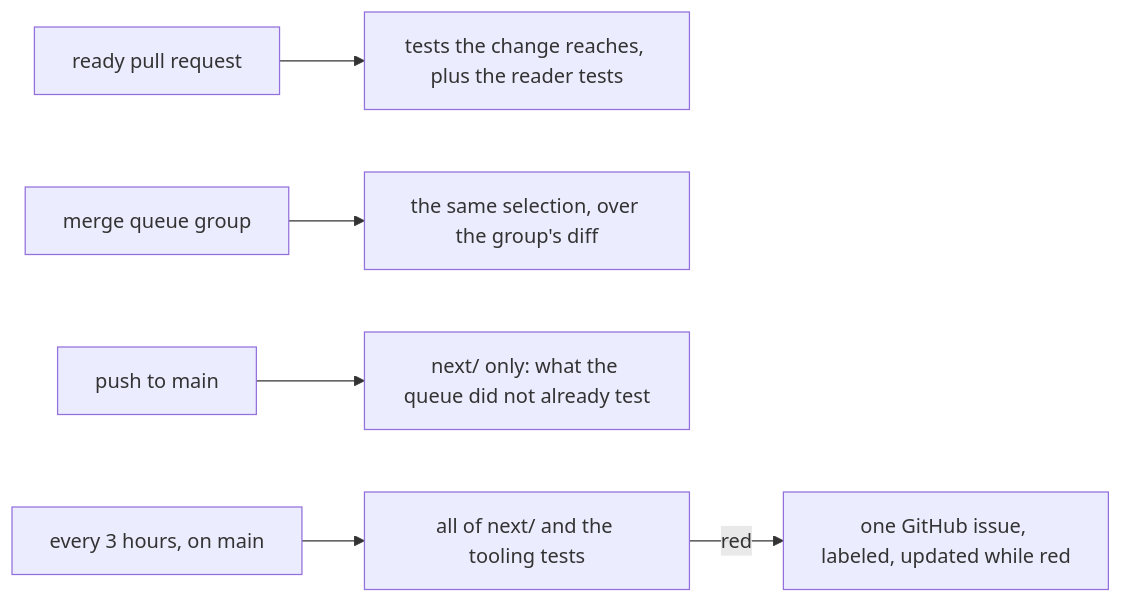
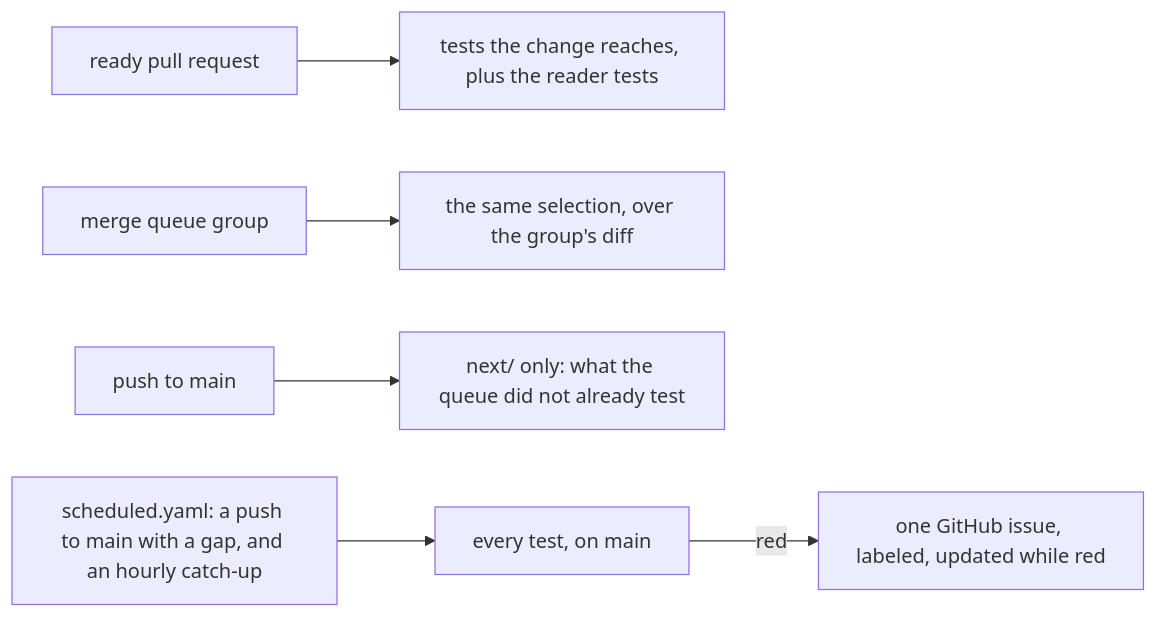
One commit to kamp-us/tea-fabrika changed the diagram in .decisions/0534-the-merge-line-runs-changed-tests-a-schedule-runs-all.md. Above: the diagram before and after it, drawn with Mermaid. The commit also changed other lines of this file and 66 other files, not shown here.

````diff
--- a/.decisions/0534-the-merge-line-runs-changed-tests-a-schedule-runs-all.md
+++ b/.decisions/0534-the-merge-line-runs-changed-tests-a-schedule-runs-all.md
@@ -13,8 +13,8 @@
 ```mermaid
 flowchart LR
   pr["ready pull request"] --> sel["tests the change reaches, plus the reader tests"]
   queue["merge queue group"] --> sel2["the same selection, over the group's diff"]
   main["push to main"] --> nextonly["next/ only: what the queue did not already test"]
-  cron["every 3 hours, on main"] --> full["all of next/ and the tooling tests"]
+  sched["scheduled.yaml: a push to main with a gap, and an hourly catch-up"] --> full["every test, on main"]
   full -- red --> issue["one GitHub issue, labeled, updated while red"]
 ```
````
